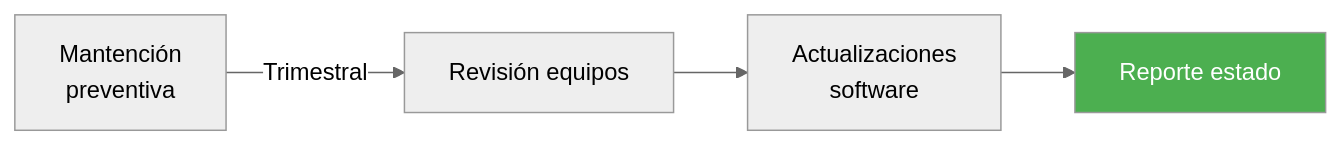
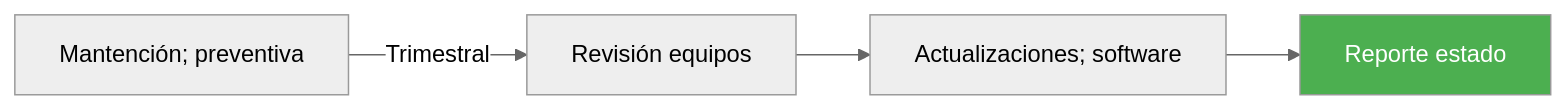
The eighth of 8 diagrams in drafts/gn/bpmn/bpmn-d09-cies-sitia.md (felix-antonio-sl/kora), drawn with Mermaid (neutral theme) before and after one commit. The commit also changed other lines of this file and 265 other files, not shown here.

````diff
--- a/drafts/gn/bpmn/bpmn-d09-cies-sitia.md
+++ b/drafts/gn/bpmn/bpmn-d09-cies-sitia.md
@@ -256,7 +308,8 @@
 ```mermaid
 flowchart LR
-    A["Mantención<br/>preventiva"] -->|"Trimestral"| B["Revisión equipos"]
-    B --> C["Actualizaciones<br/>software"]
-    C --> D["Reporte estado"]
-    style D fill:#4CAF50,color:#fff
+ A["Mantención; preventiva"] -->|"Trimestral"| B["Revisión equipos"]
+ B --> C["Actualizaciones; software"]
+ C --> D["Reporte estado"]
+
+ style D fill:#4CAF50,color:#fff
 ```
````
